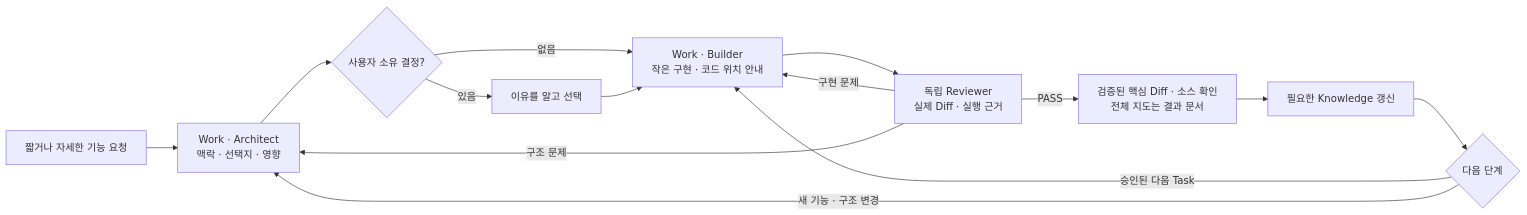
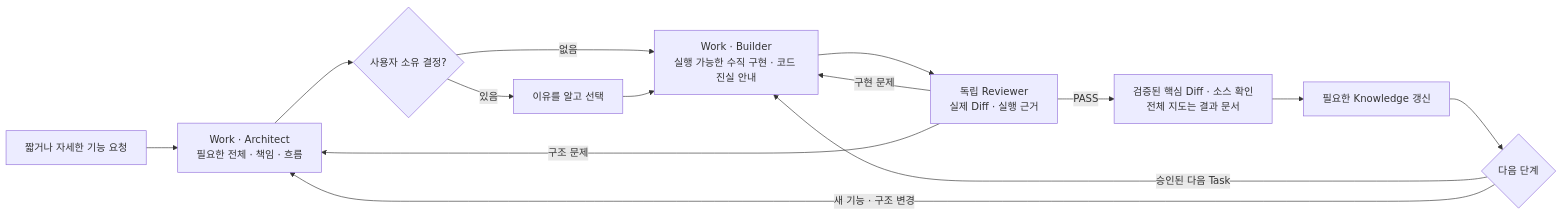
Before and after one commit to yeomin-yoon/AI-Dev-Workflow: the first of 2 diagrams in README.md, drawn with Mermaid. The commit also changed other lines of this file and 21 other files, not shown here.

````diff
--- a/README.md
+++ b/README.md
@@ -66,16 +68,16 @@
 ```mermaid
 flowchart LR
-    Seed["짧거나 자세한 기능 요청"] --> Design["Work · Architect<br/>맥락 · 선택지 · 영향"]
+    Seed["짧거나 자세한 기능 요청"] --> Design["Work · Architect<br/>필요한 전체 · 책임 · 흐름"]
     Design --> Gate{"사용자 소유 결정?"}
     Gate -->|있음| User["이유를 알고 선택"]
-    Gate -->|없음| Build["Work · Builder<br/>작은 구현 · 코드 위치 안내"]
+    Gate -->|없음| Build["Work · Builder<br/>실행 가능한 수직 구현 · 코드 진실 안내"]
     User --> Build
     Build --> Review["독립 Reviewer<br/>실제 Diff · 실행 근거"]
     Review -->|구현 문제| Build
     Review -->|구조 문제| Design
     Review -->|PASS| Inspect["검증된 핵심 Diff · 소스 확인<br/>전체 지도는 결과 문서"]
     Inspect --> Sync["필요한 Knowledge 갱신"]
     Sync --> Next{"다음 단계"}
     Next -->|승인된 다음 Task| Build
     Next -->|새 기능 · 구조 변경| Design
 ```
````
